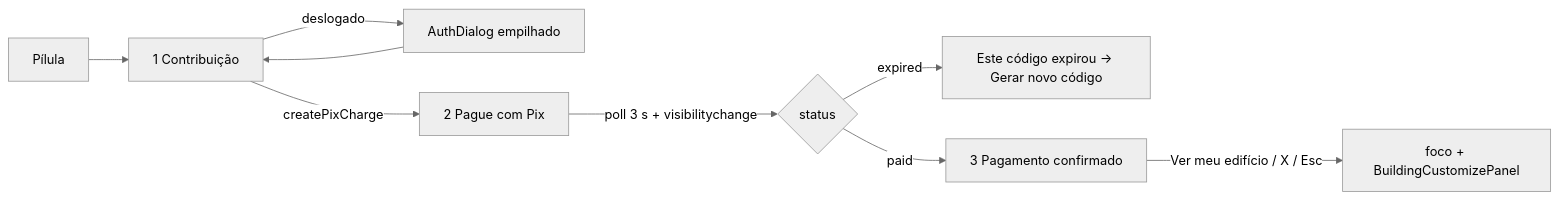
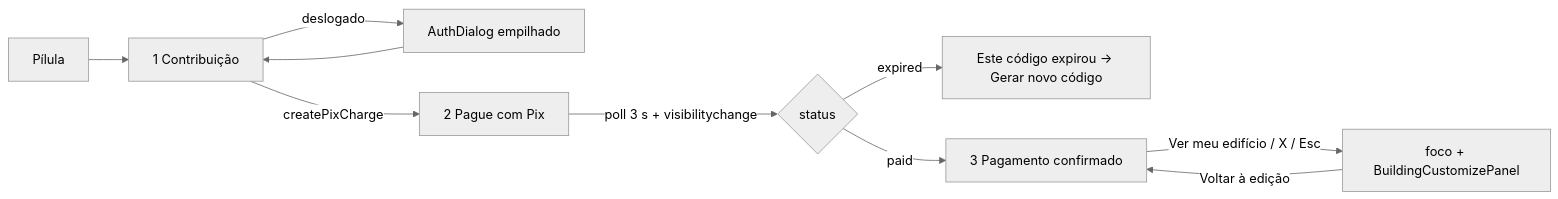
One commit to RaeII/cidoa changed the first of 2 diagrams in doc/components/html-components.md. Above: the diagram before and after it, drawn with Mermaid (neutral theme). The commit also changed other lines of this file and 9 other files, not shown here.

````diff
--- a/doc/components/html-components.md
+++ b/doc/components/html-components.md
@@ -135,10 +135,11 @@
 ```mermaid
 flowchart LR
   P[Pílula] --> F[1 Contribuição]
   F -- deslogado --> L[AuthDialog empilhado] --> F
   F -- createPixCharge --> Pay[2 Pague com Pix]
   Pay -- poll 3 s + visibilitychange --> S{status}
   S -- expired --> X[Este código expirou → Gerar novo código]
   S -- paid --> D[3 Pagamento confirmado]
   D -- Ver meu edifício / X / Esc --> Fim[foco + BuildingCustomizePanel]
+  Fim -- Voltar à edição --> D
 ```
````
